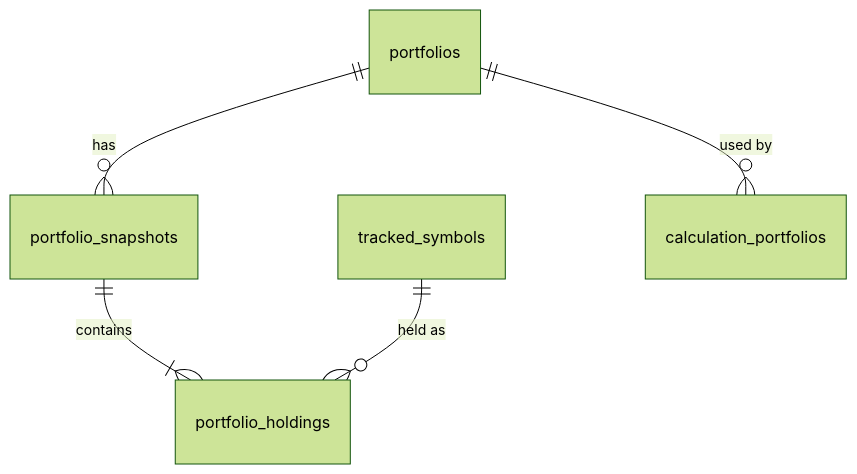
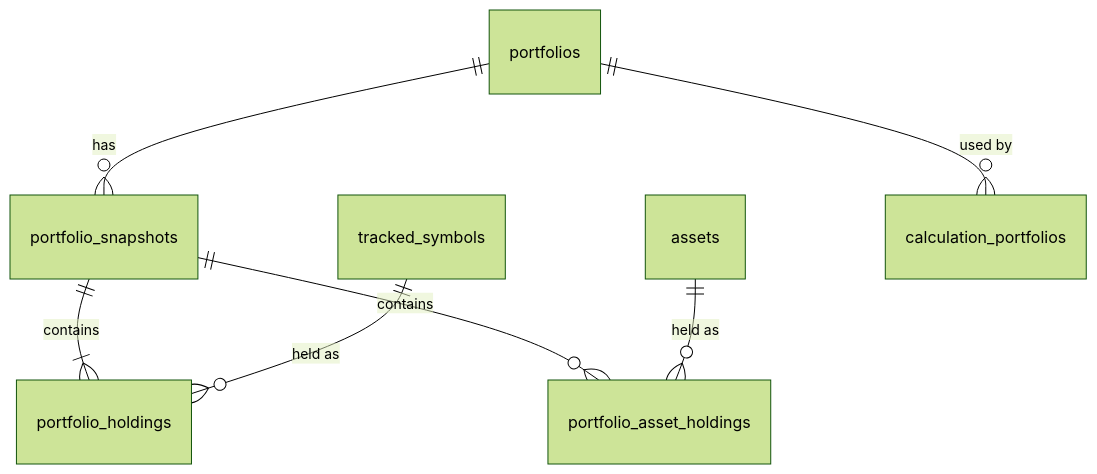
Before and after one commit to maxime-filippini/data-service: the second of 2 diagrams in docs/src/content/docs/calculations/portfolios.md, drawn with Mermaid (forest theme). The commit also changed other lines of this file and 25 other files, not shown here.

First line of the commit message:
feat: manage dated holdings and portfolio workflow assignments

````diff
--- a/docs/src/content/docs/calculations/portfolios.md
+++ b/docs/src/content/docs/calculations/portfolios.md
@@ -65,7 +65,9 @@
 ```mermaid
 erDiagram
   portfolios ||--o{ portfolio_snapshots : has
   portfolio_snapshots ||--|{ portfolio_holdings : contains
   tracked_symbols ||--o{ portfolio_holdings : "held as"
+  portfolio_snapshots ||--o{ portfolio_asset_holdings : contains
+  assets ||--o{ portfolio_asset_holdings : "held as"
   portfolios ||--o{ calculation_portfolios : "used by"
 ```
````
